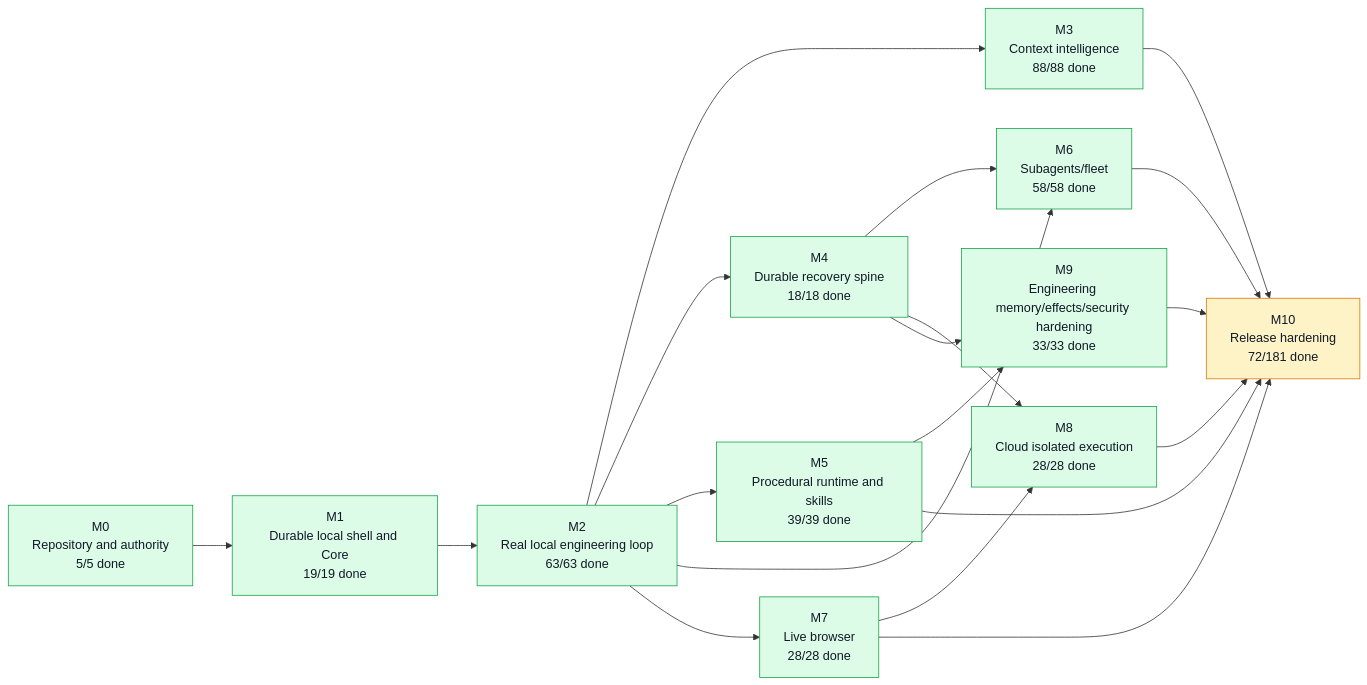
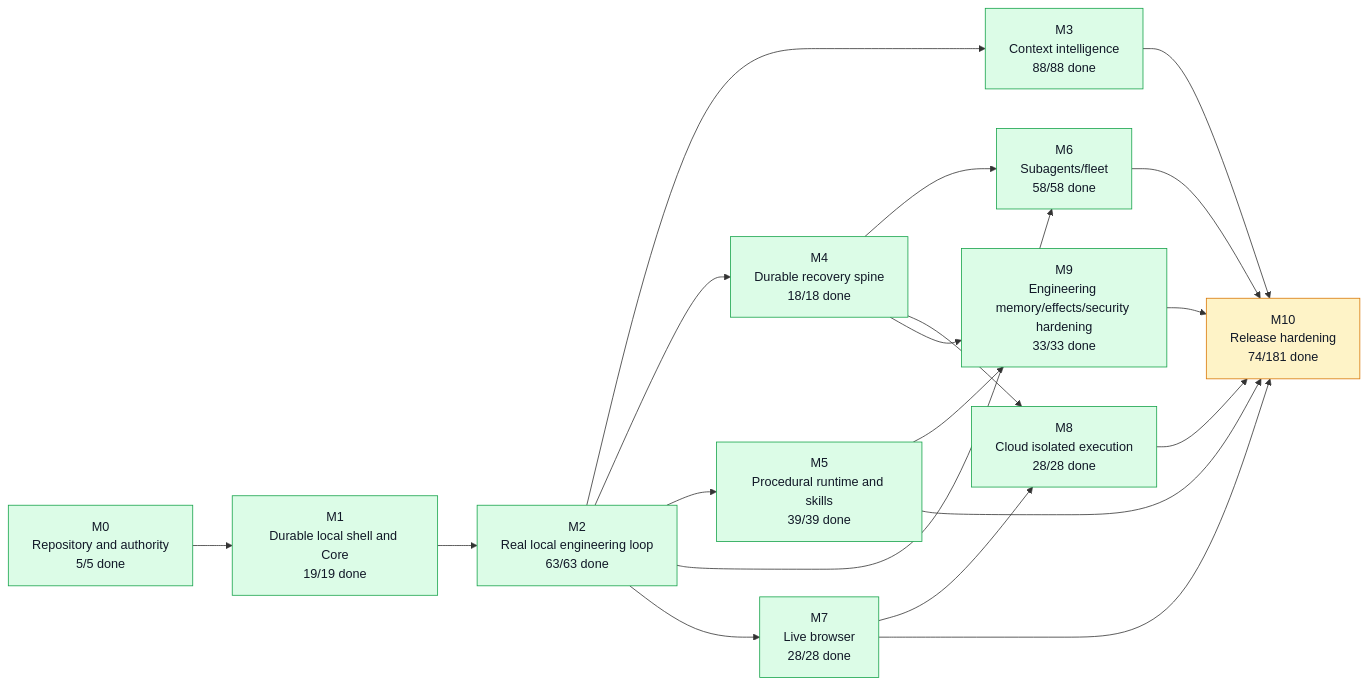
Before and after one commit to moss101/modbit: the first of 5 diagrams in graph/PROJECT_GRAPH.md, drawn with Mermaid. The commit also changed other lines of this file and 7 other files, not shown here.

````diff
--- a/graph/PROJECT_GRAPH.md
+++ b/graph/PROJECT_GRAPH.md
@@ -57,43 +57,43 @@
 ```mermaid
 flowchart LR
   M0["M0<br/>Repository and authority<br/>5/5 done"]
   M1["M1<br/>Durable local shell and Core<br/>19/19 done"]
   M2["M2<br/>Real local engineering loop<br/>63/63 done"]
   M3["M3<br/>Context intelligence<br/>88/88 done"]
   M4["M4<br/>Durable recovery spine<br/>18/18 done"]
   M5["M5<br/>Procedural runtime and skills<br/>39/39 done"]
   M6["M6<br/>Subagents/fleet<br/>58/58 done"]
   M7["M7<br/>Live browser<br/>28/28 done"]
   M8["M8<br/>Cloud isolated execution<br/>28/28 done"]
   M9["M9<br/>Engineering memory/effects/security hardening<br/>33/33 done"]
-  M10["M10<br/>Release hardening<br/>72/181 done"]
+  M10["M10<br/>Release hardening<br/>74/181 done"]
   M0 --> M1
   M1 --> M2
   M2 --> M3
   M2 --> M4
   M2 --> M5
   M2 --> M6
   M4 --> M6
   M2 --> M7
   M4 --> M8
   M7 --> M8
   M4 --> M9
   M5 --> M9
   M3 --> M10
   M5 --> M10
   M6 --> M10
   M7 --> M10
   M8 --> M10
   M9 --> M10
   style M0 fill:#dcfce7,stroke:#16a34a,color:#111827
   style M1 fill:#dcfce7,stroke:#16a34a,color:#111827
   style M2 fill:#dcfce7,stroke:#16a34a,color:#111827
   style M3 fill:#dcfce7,stroke:#16a34a,color:#111827
   style M4 fill:#dcfce7,stroke:#16a34a,color:#111827
   style M5 fill:#dcfce7,stroke:#16a34a,color:#111827
   style M6 fill:#dcfce7,stroke:#16a34a,color:#111827
   style M7 fill:#dcfce7,stroke:#16a34a,color:#111827
   style M8 fill:#dcfce7,stroke:#16a34a,color:#111827
   style M9 fill:#dcfce7,stroke:#16a34a,color:#111827
   style M10 fill:#fef3c7,stroke:#d97706,color:#111827
 ```
````
